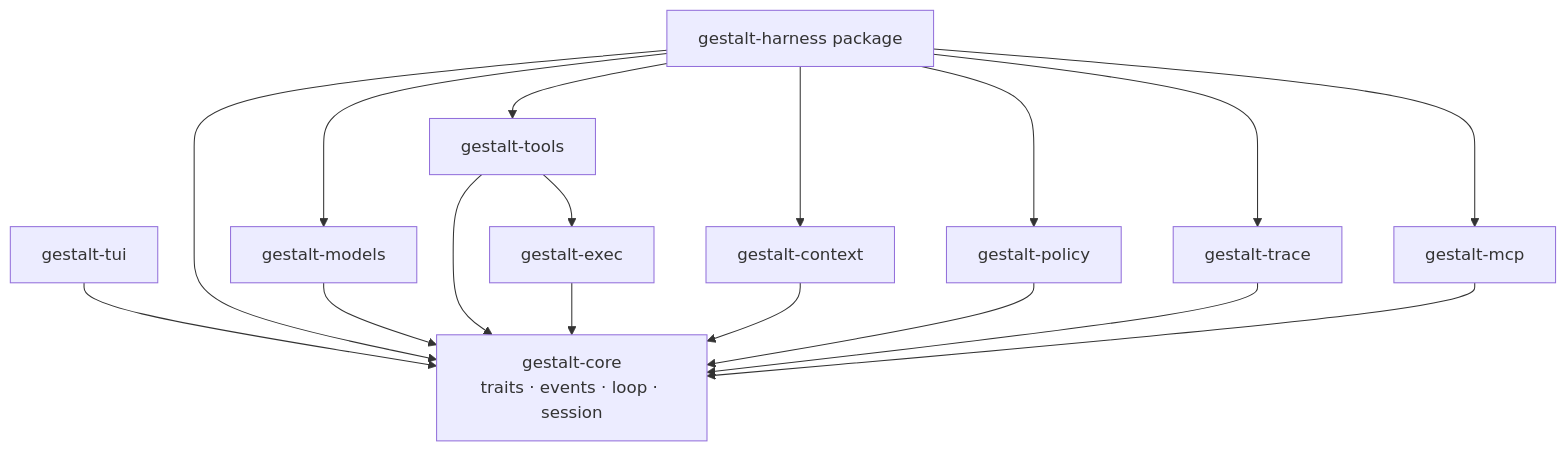
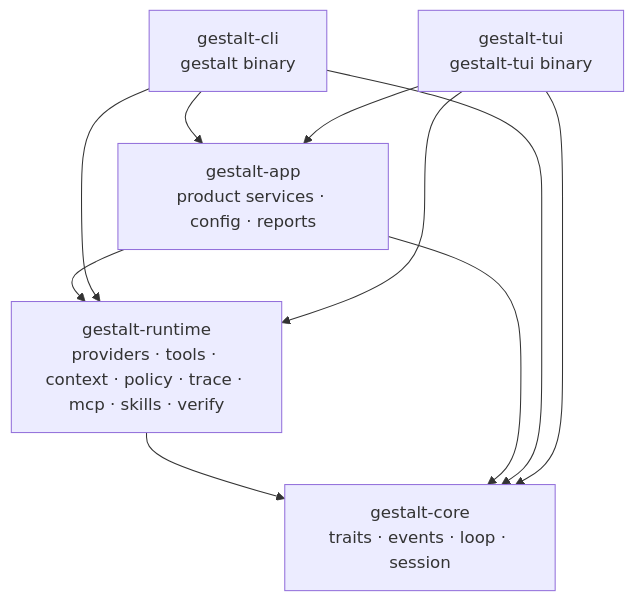
Before and after one commit to woshi517/gestalt-harness: the second of 11 diagrams in docs/gestalt-harness-architecture.md, drawn with Mermaid. The commit also changed other lines of this file and 321 other files, not shown here.

````diff
--- a/docs/gestalt-harness-architecture.md
+++ b/docs/gestalt-harness-architecture.md
@@ -119,34 +119,18 @@
 ```mermaid
 graph TD
-    CLI[gestalt-harness package]
-    TUI[gestalt-tui]
+    Core[gestalt-core<br/>traits · events · loop · session]
+    Runtime[gestalt-runtime<br/>providers · tools · context · policy · trace · mcp · skills · verify]
+    App[gestalt-app<br/>product services · config · reports]
+    CLI[gestalt-cli<br/>gestalt binary]
+    TUI[gestalt-tui<br/>gestalt-tui binary]
 
-    Core[gestalt-core<br/>traits · events · loop · session]
-
-    Models[gestalt-models]
-    Tools[gestalt-tools]
-    Context[gestalt-context]
-    Policy[gestalt-policy]
-    Trace[gestalt-trace]
-    MCP[gestalt-mcp]
-    Exec[gestalt-exec]
-
+    Runtime --> Core
+    App --> Runtime
+    App --> Core
+    CLI --> App
+    CLI --> Runtime
     CLI --> Core
-    CLI --> Models
-    CLI --> Tools
-    CLI --> Context
-    CLI --> Policy
-    CLI --> Trace
-    CLI --> MCP
-
+    TUI --> App
+    TUI --> Runtime
     TUI --> Core
-
-    Models --> Core
-    Tools --> Core
-    Tools --> Exec
-    Context --> Core
-    Policy --> Core
-    Trace --> Core
-    MCP --> Core
-    Exec --> Core
 ```
````
